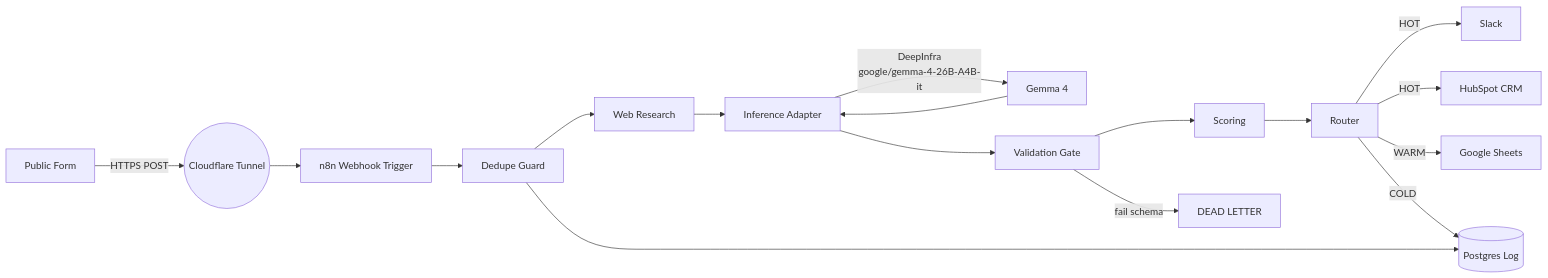
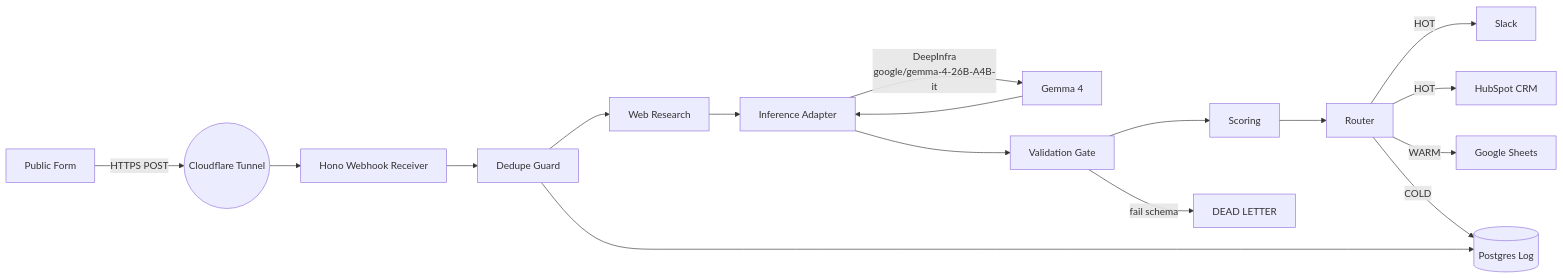
Before and after one commit to jakemorganlabs/intake-n-outbound.pipeline: the diagram in README.md, drawn with Mermaid. The commit also changed other lines of this file and 2 other files, not shown here.

````diff
--- a/README.md
+++ b/README.md
@@ -25,19 +29,19 @@
 ```mermaid
 graph LR
     A[Public Form] -->|HTTPS POST| B((Cloudflare Tunnel))
-    B --> C[n8n Webhook Trigger]
+    B --> C[Hono Webhook Receiver]
     C --> D[Dedupe Guard]
     D --> E[Web Research]
     E --> F[Inference Adapter]
     F -->|DeepInfra<br/>google/gemma-4-26B-A4B-it| G[Gemma 4]
     G --> F
     F --> H[Validation Gate]
     H --> I[Scoring]
     I --> J[Router]
     J -->|HOT| K[Slack]
     J -->|HOT| L[HubSpot CRM]
     J -->|WARM| M[Google Sheets]
     J -->|COLD| N[(Postgres Log)]
     D --> N
     H -->|fail schema| O[DEAD LETTER]
 ```
````
